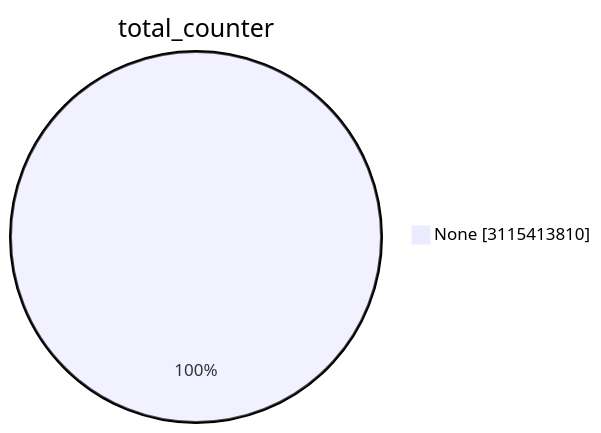
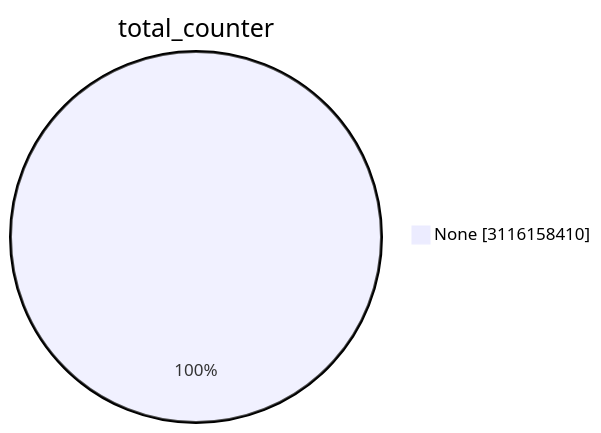
One commit to christiankrug/ctmonitor_visualization changed the first of 15 diagrams in TOTAL/README.md. Above: the diagram before and after it, drawn with Mermaid. The commit also changed other lines of this file, not shown here.

````diff
--- a/TOTAL/README.md
+++ b/TOTAL/README.md
@@ -1,5 +1,5 @@
 ```mermaid
 pie showData
 title total_counter
-"None" :3115413810
+"None" :3116158410
 ```
````
